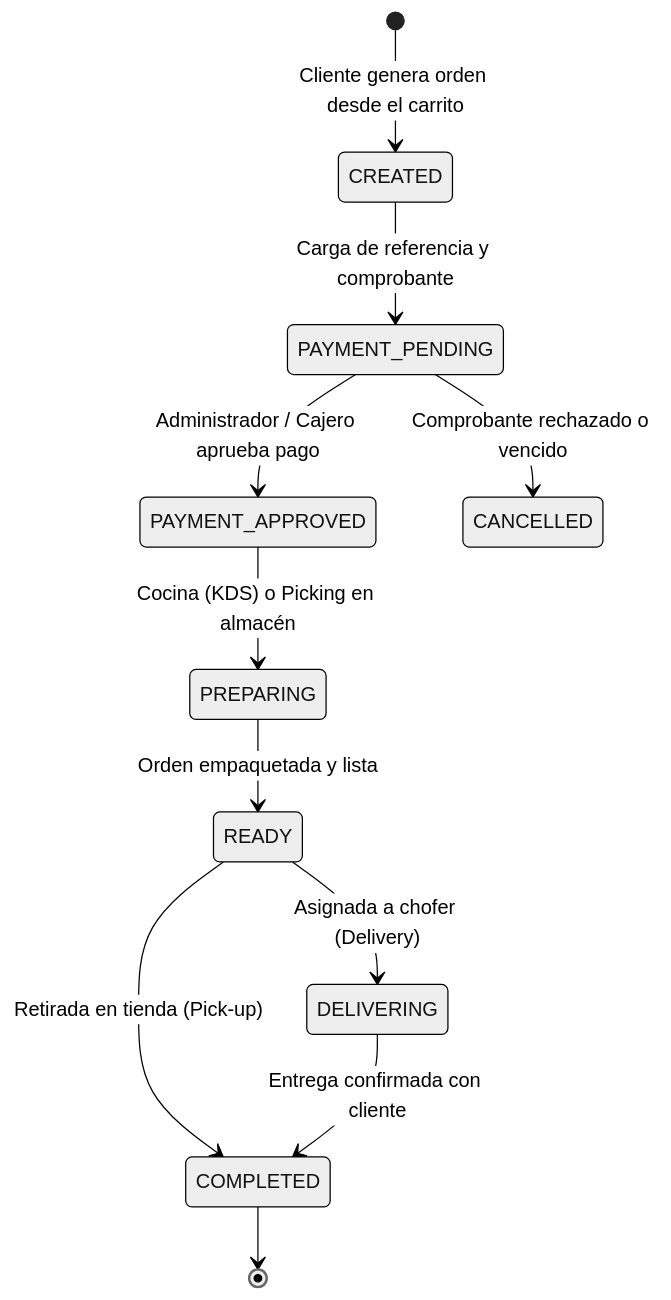
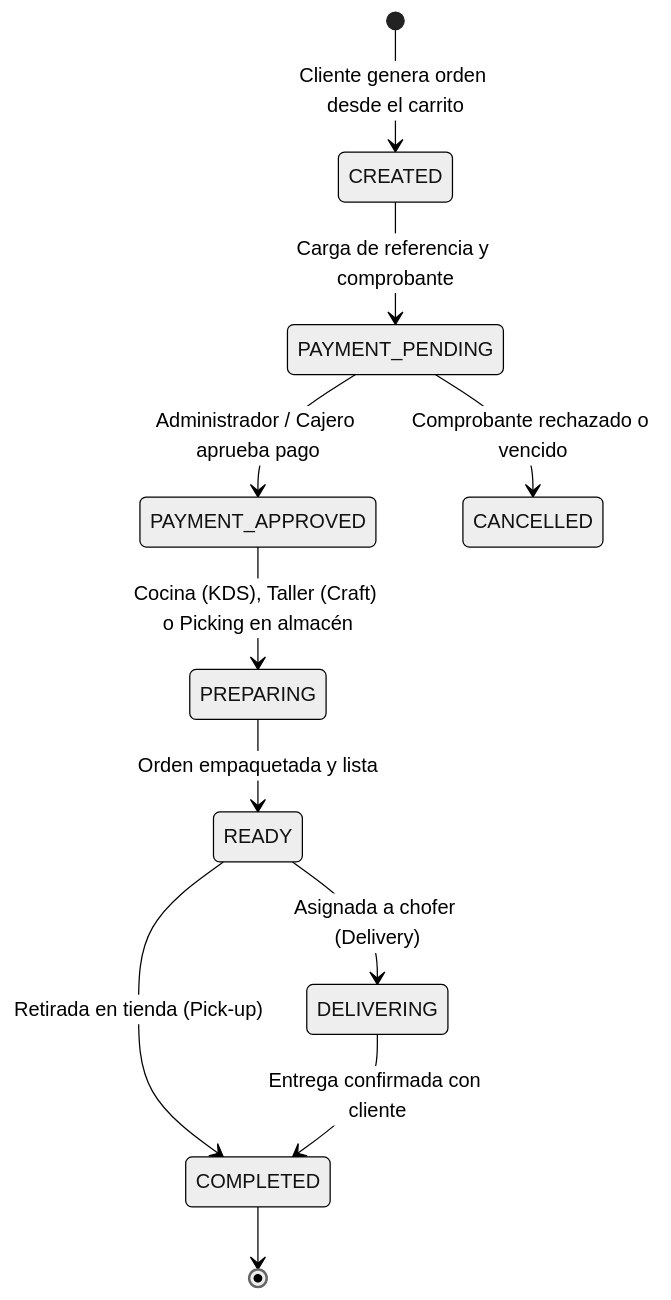
One commit to caxodax/Market changed the third of 3 diagrams in ARCHITECTURE.md. Above: the diagram before and after it, drawn with Mermaid (neutral theme). The commit also changed other lines of this file and 4 other files, not shown here.

First line of the commit message:
docs: master knowledge base overhaul - comprehensive README, architecture, database dictionary, plugin specs & AI rules

````diff
--- a/ARCHITECTURE.md
+++ b/ARCHITECTURE.md
@@ -366,13 +330,13 @@
 ```mermaid
 stateDiagram-v2
     [*] --> CREATED: Cliente genera orden desde el carrito
     CREATED --> PAYMENT_PENDING: Carga de referencia y comprobante
     PAYMENT_PENDING --> PAYMENT_APPROVED: Administrador / Cajero aprueba pago
     PAYMENT_PENDING --> CANCELLED: Comprobante rechazado o vencido
-    PAYMENT_APPROVED --> PREPARING: Cocina (KDS) o Picking en almacén
+    PAYMENT_APPROVED --> PREPARING: Cocina (KDS), Taller (Craft) o Picking en almacén
     PREPARING --> READY: Orden empaquetada y lista
     READY --> DELIVERING: Asignada a chofer (Delivery)
     READY --> COMPLETED: Retirada en tienda (Pick-up)
     DELIVERING --> COMPLETED: Entrega confirmada con cliente
     COMPLETED --> [*]
 ```
````
